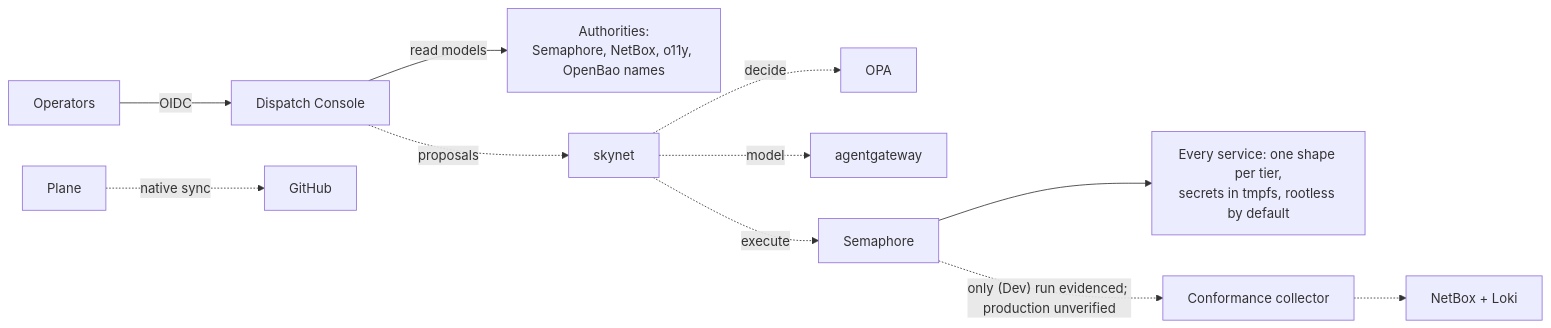
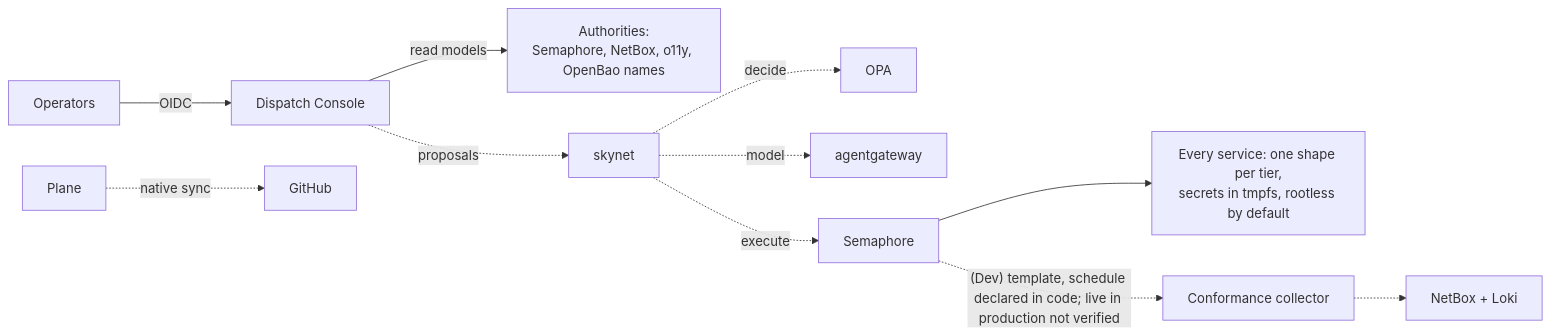
Before and after one commit to uhstray-io/agent-cloud: the tenth of 10 diagrams in plan/architecture/service-architecture.md, drawn with Mermaid. The commit also changed other lines of this file, not shown here.

First line of the commit message:
docs: correct conformance collector wording in service map

````diff
--- a/plan/architecture/service-architecture.md
+++ b/plan/architecture/service-architecture.md
@@ -576,13 +578,13 @@
 ```mermaid
 flowchart LR
     H["Operators"] -->|"OIDC"| CON["Dispatch Console"]
     CON -->|"read models"| AUTH["Authorities:<br/>Semaphore, NetBox, o11y, OpenBao names"]
     CON -.->|"proposals"| SKY["skynet"]
     SKY -.->|"decide"| OPA["OPA"]
     SKY -.->|"model"| AGW["agentgateway"]
     SKY -.->|"execute"| SEM["Semaphore"]
     SEM --> SVC["Every service: one shape per tier,<br/>secrets in tmpfs, rootless by default"]
     PLANE["Plane"] -.->|"native sync"| GH["GitHub"]
-    SEM -.->|"only (Dev) run evidenced; production unverified"| COL["Conformance collector"]
+    SEM -.->|"(Dev) template, schedule declared in code; live in production not verified"| COL["Conformance collector"]
     COL -.-> NB["NetBox + Loki"]
 ```
````
